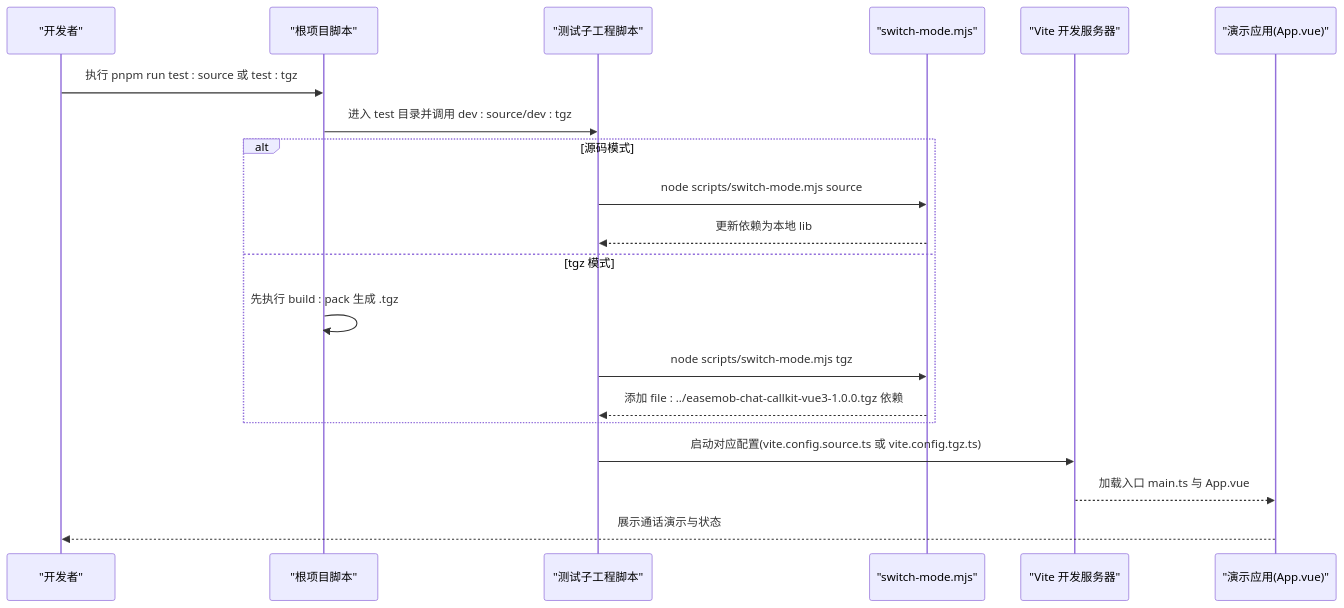
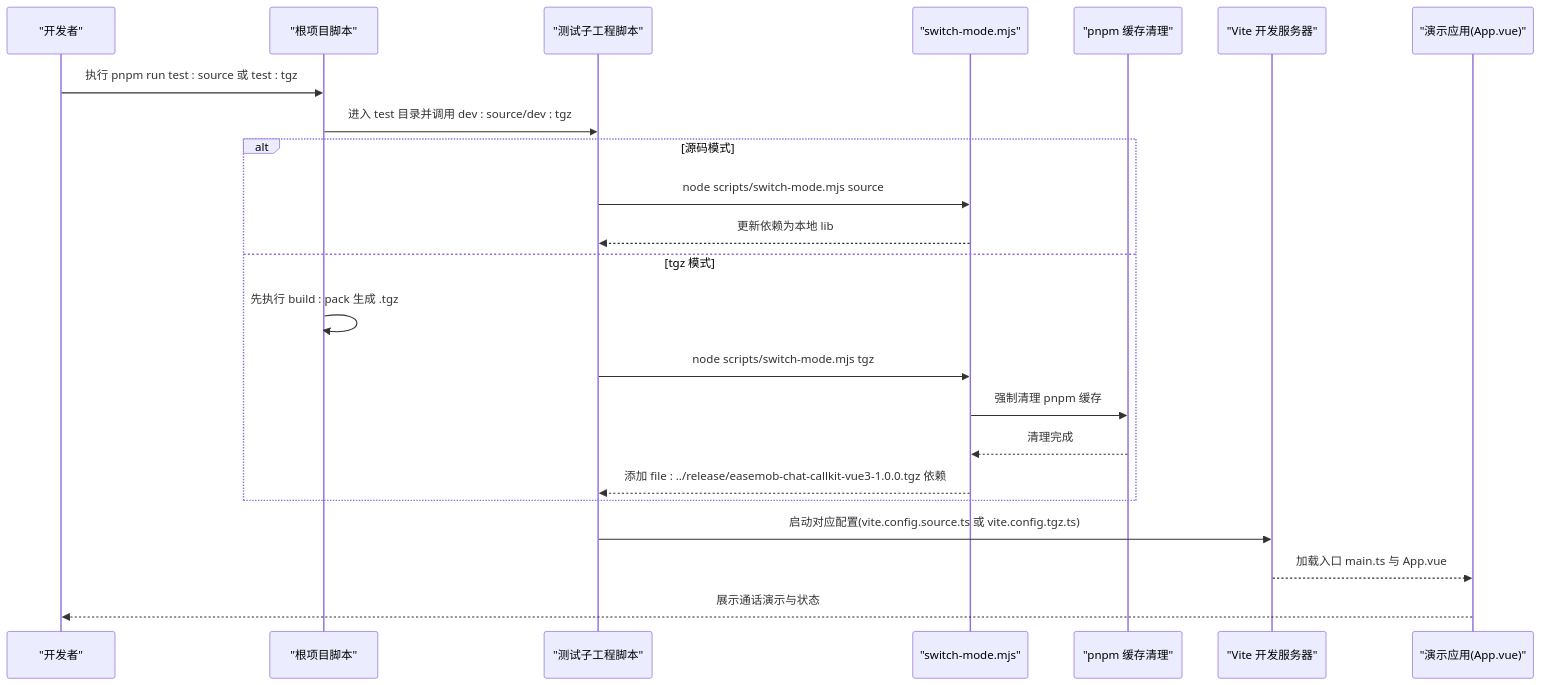
The second of 7 diagrams in .qoder/repowiki/zh/content/开发指南/测试指南.md (Easemob-Community/easemob-uikit-callkit-vue3), drawn with Mermaid before and after one commit. The commit also changed other lines of this file and 40 other files, not shown here.

````diff
--- a/.qoder/repowiki/zh/content/开发指南/测试指南.md
+++ b/.qoder/repowiki/zh/content/开发指南/测试指南.md
@@ -95,22 +107,25 @@
 ```mermaid
 sequenceDiagram
 participant Dev as "开发者"
 participant Root as "根项目脚本"
 participant Test as "测试子工程脚本"
 participant Switch as "switch-mode.mjs"
+participant Cache as "pnpm 缓存清理"
 participant Vite as "Vite 开发服务器"
 participant App as "演示应用(App.vue)"
 Dev->>Root : 执行 pnpm run test : source 或 test : tgz
 Root->>Test : 进入 test 目录并调用 dev : source/dev : tgz
 alt 源码模式
 Test->>Switch : node scripts/switch-mode.mjs source
 Switch-->>Test : 更新依赖为本地 lib
 else tgz 模式
 Root->>Root : 先执行 build : pack 生成 .tgz
 Test->>Switch : node scripts/switch-mode.mjs tgz
-Switch-->>Test : 添加 file : ../easemob-chat-callkit-vue3-1.0.0.tgz 依赖
+Switch->>Cache : 强制清理 pnpm 缓存
+Cache-->>Switch : 清理完成
+Switch-->>Test : 添加 file : ../release/easemob-chat-callkit-vue3-1.0.0.tgz 依赖
 end
 Test->>Vite : 启动对应配置(vite.config.source.ts 或 vite.config.tgz.ts)
 Vite-->>App : 加载入口 main.ts 与 App.vue
 App-->>Dev : 展示通话演示与状态
 ```
````
